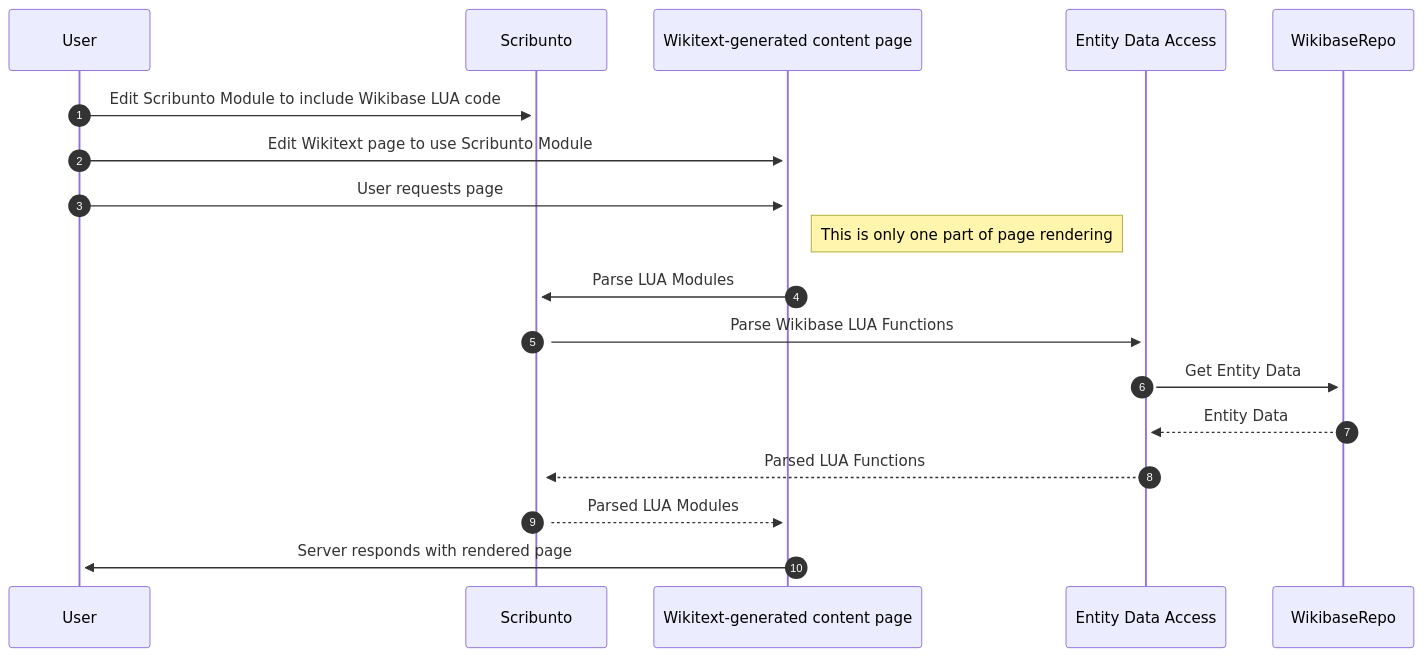
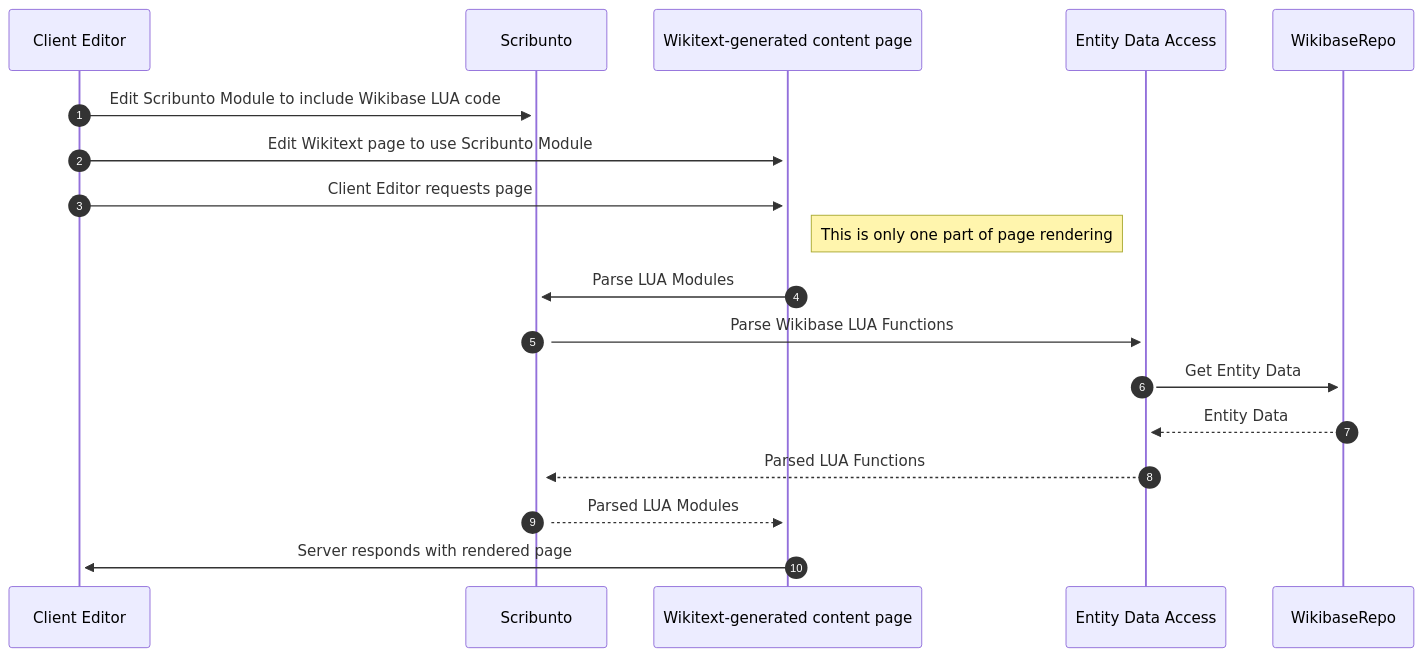
One commit to wmde/wikidata-wikibase-architecture changed the sixth of 7 diagrams in systems/WikibaseClient/06-Runtime_View.md. Above: the diagram before and after it, drawn with Mermaid. The commit also changed other lines of this file and 9 other files, not shown here.

First line of the commit message:
Explain various users across diagrams

````diff
--- a/systems/WikibaseClient/06-Runtime_View.md
+++ b/systems/WikibaseClient/06-Runtime_View.md
@@ -98,15 +98,15 @@
 ```mermaid
 sequenceDiagram
     autonumber
-    User->>+Scribunto: Edit Scribunto Module to include Wikibase LUA code
-    User->>+Wikitext-generated content page: Edit Wikitext page to use Scribunto Module
-    User->>+Wikitext-generated content page: User requests page
+    Client Editor->>+Scribunto: Edit Scribunto Module to include Wikibase LUA code
+    Client Editor->>+Wikitext-generated content page: Edit Wikitext page to use Scribunto Module
+    Client Editor->>+Wikitext-generated content page: Client Editor requests page
     Note right of Wikitext-generated content page: This is only one part of page rendering
     Wikitext-generated content page->>+Scribunto: Parse LUA Modules
     Scribunto->>+Entity Data Access: Parse Wikibase LUA Functions
     Entity Data Access->>+WikibaseRepo: Get Entity Data
     WikibaseRepo-->>Entity Data Access: Entity Data
     Entity Data Access-->>Scribunto: Parsed LUA Functions
     Scribunto-->>Wikitext-generated content page: Parsed LUA Modules
-    Wikitext-generated content page->>+User: Server responds with rendered page
+    Wikitext-generated content page->>+Client Editor: Server responds with rendered page
 ```
````
